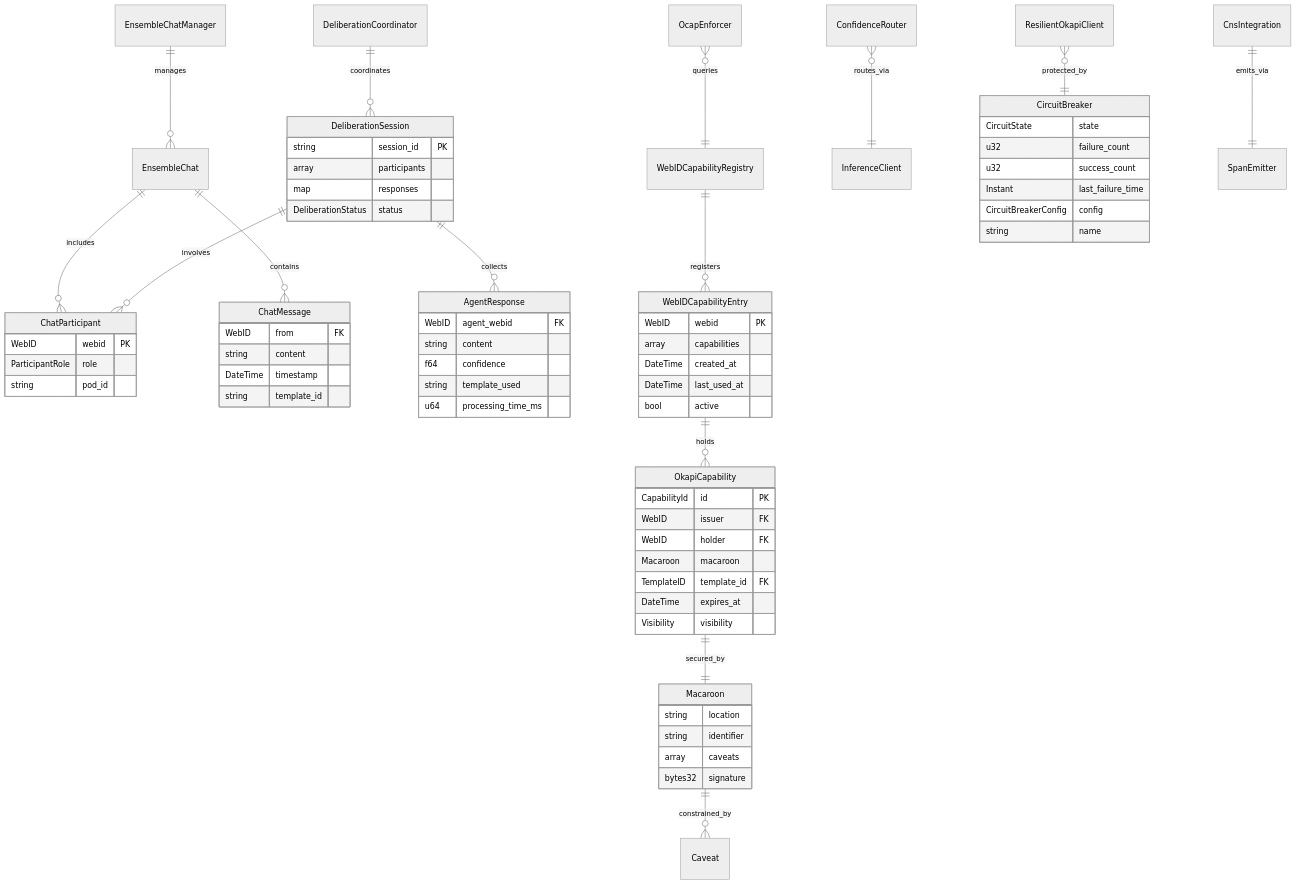
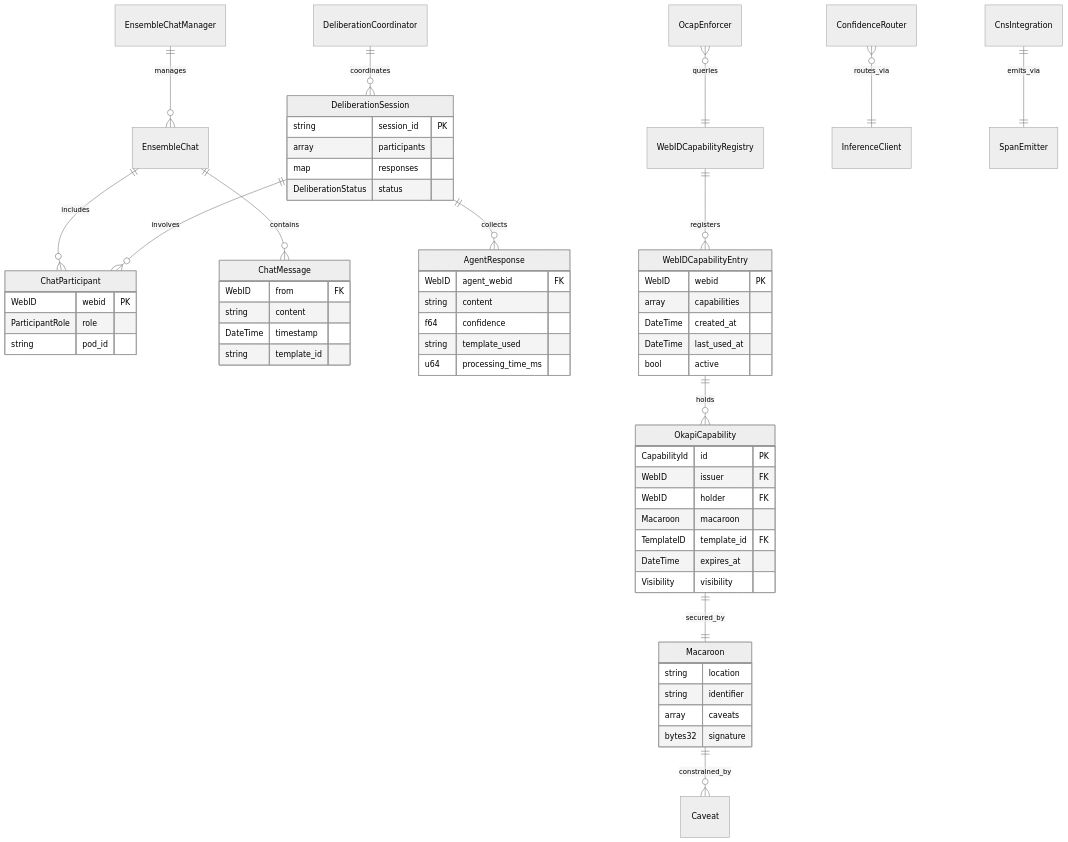
The third of 14 diagrams in docs/architecture/reference/subsystem-erds.md (mdz-axo/hKask), drawn with Mermaid (neutral theme) before and after one commit. The commit also changed other lines of this file and 35 other files, not shown here.

````diff
--- a/docs/architecture/reference/subsystem-erds.md
+++ b/docs/architecture/reference/subsystem-erds.md
@@ -325,7 +330,7 @@
     OcapEnforcer }o--|| WebIDCapabilityRegistry : "queries"
 
     ConfidenceRouter }o--|| InferenceClient : "routes_via"
-    ResilientOkapiClient }o--|| CircuitBreaker : "protected_by"
+
     CnsIntegration ||--|| SpanEmitter : "emits_via"
 
     ChatMessage {
@@ -381,12 +386,5 @@
         bool active
     }
 
-    CircuitBreaker {
-        CircuitState state
-        u32 failure_count
-        u32 success_count
-        Instant last_failure_time
-        CircuitBreakerConfig config
-        string name
-    }
+
 ```
````
